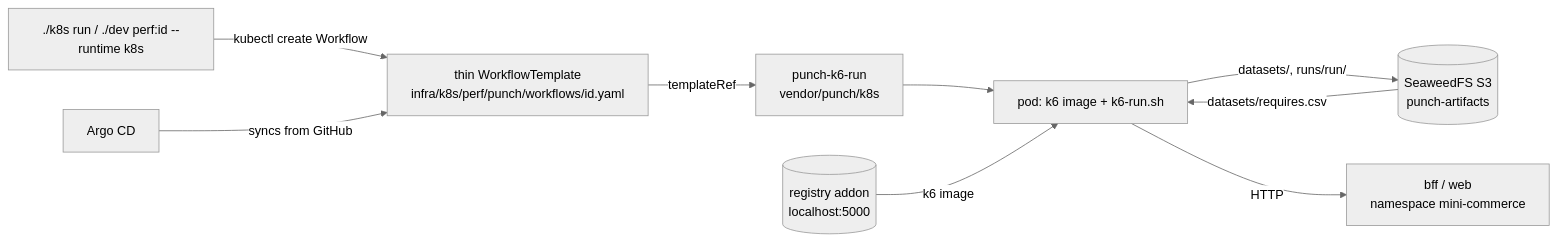
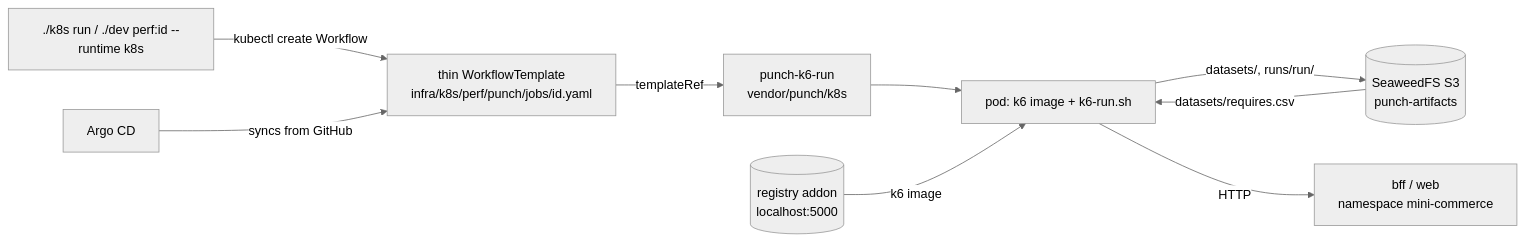
One commit to nicopizar00/expresso-engineering-playground changed the diagram in docs/performance/k8s-runtime.md. Above: the diagram before and after it, drawn with Mermaid (neutral theme). The commit also changed other lines of this file and 86 other files, not shown here.

First line of the commit message:
refactor(perf)!: call the YAML unit a Punch job and a sequence a Punch workflow

````diff
--- a/docs/performance/k8s-runtime.md
+++ b/docs/performance/k8s-runtime.md
@@ -346,11 +346,11 @@
 ```mermaid
 flowchart LR
-  CLI["./k8s run / ./dev perf:id --runtime k8s"] -->|kubectl create Workflow| Thin["thin WorkflowTemplate<br/>infra/k8s/perf/punch/workflows/id.yaml"]
+  CLI["./k8s run / ./dev perf:id --runtime k8s"] -->|kubectl create Workflow| Thin["thin WorkflowTemplate<br/>infra/k8s/perf/punch/jobs/id.yaml"]
   Thin -->|templateRef| Generic["punch-k6-run<br/>vendor/punch/k8s"]
   Generic --> Pod["pod: k6 image + k6-run.sh"]
   S3[("SeaweedFS S3<br/>punch-artifacts")] -->|datasets/requires.csv| Pod
   Pod -->|datasets/, runs/run/| S3
   Registry[("registry addon<br/>localhost:5000")] -->|k6 image| Pod
   Pod -->|HTTP| App["bff / web<br/>namespace mini-commerce"]
   ArgoCD["Argo CD"] -->|syncs from GitHub| Thin
 ```
````
